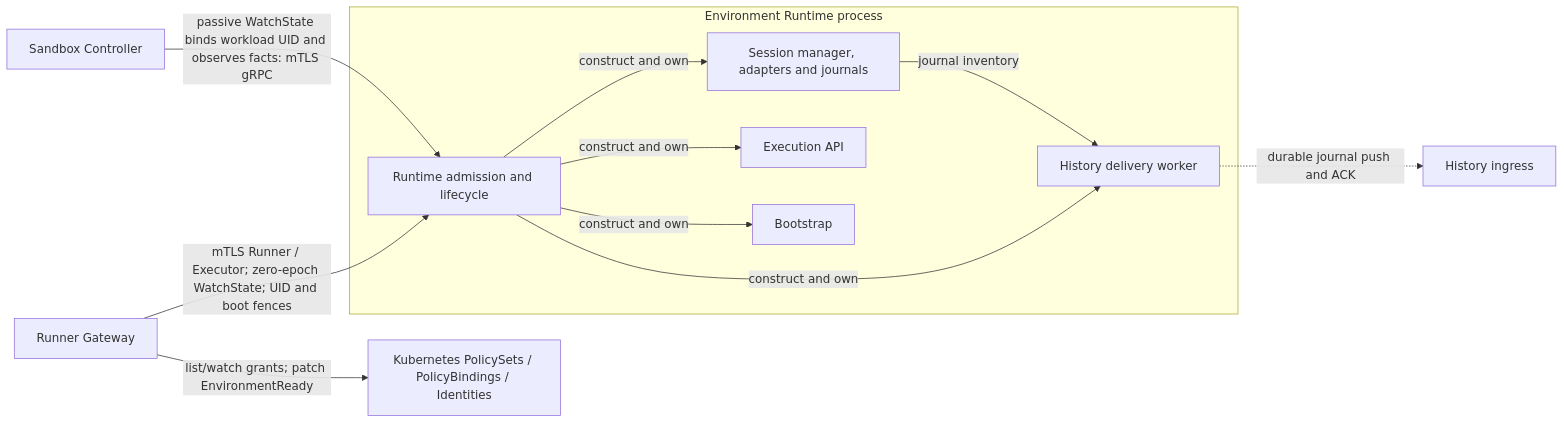
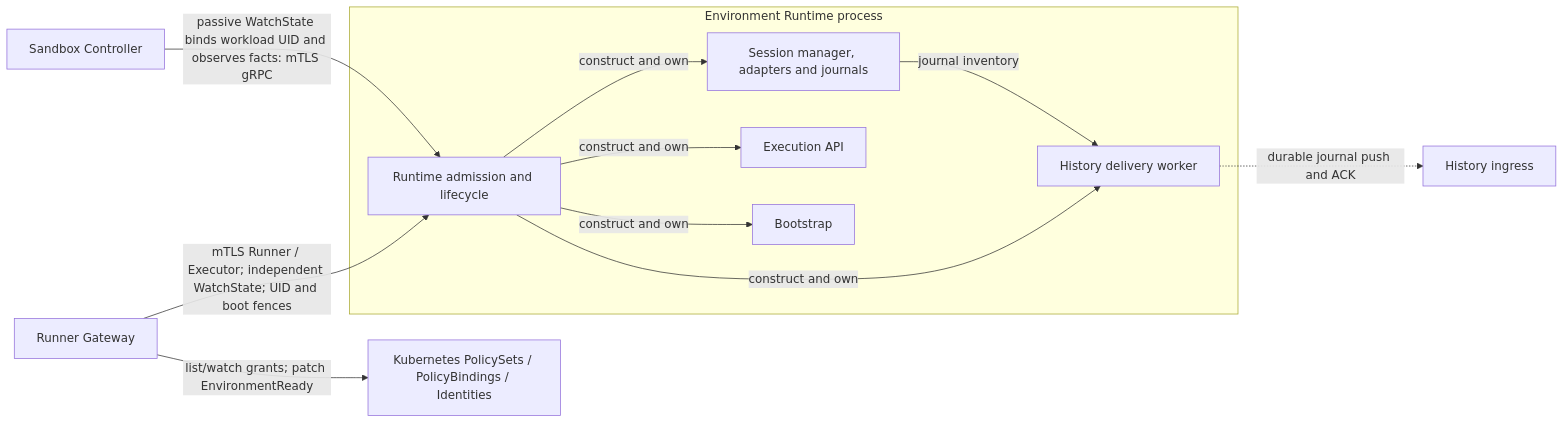
One commit to agentydragon/ducktape changed the seventh of 15 diagrams in agentplane/docs/system_overview.md. Above: the diagram before and after it, drawn with Mermaid. The commit also changed other lines of this file and 46 other files, not shown here.

Commit message:
Remove obsolete Runtime epochs and Gateway route permissions

````diff
--- a/agentplane/docs/system_overview.md
+++ b/agentplane/docs/system_overview.md
@@ -438,19 +438,19 @@
 ```mermaid
 flowchart LR
     gateway[Runner Gateway]
     subgraph environment_runtime[Environment Runtime process]
       runtime[Runtime admission and lifecycle]
       sessions[Session manager, adapters and journals]
       execution[Execution API]
       bootstrap[Bootstrap]
       delivery[History delivery worker]
       runtime -->|construct and own| sessions & execution & bootstrap & delivery
       sessions -->|journal inventory| delivery
     end
     history[History ingress]
-    gateway -->|mTLS Runner / Executor; zero-epoch WatchState; UID and boot fences| runtime
+    gateway -->|mTLS Runner / Executor; independent WatchState; UID and boot fences| runtime
     policy_api[Kubernetes PolicySets / PolicyBindings / Identities]
     gateway -->|list/watch grants; patch EnvironmentReady| policy_api
     sandboxctl[Sandbox Controller] -->|passive WatchState binds workload UID and observes facts: mTLS gRPC| runtime
     delivery -.->|durable journal push and ACK| history
 ```
````
